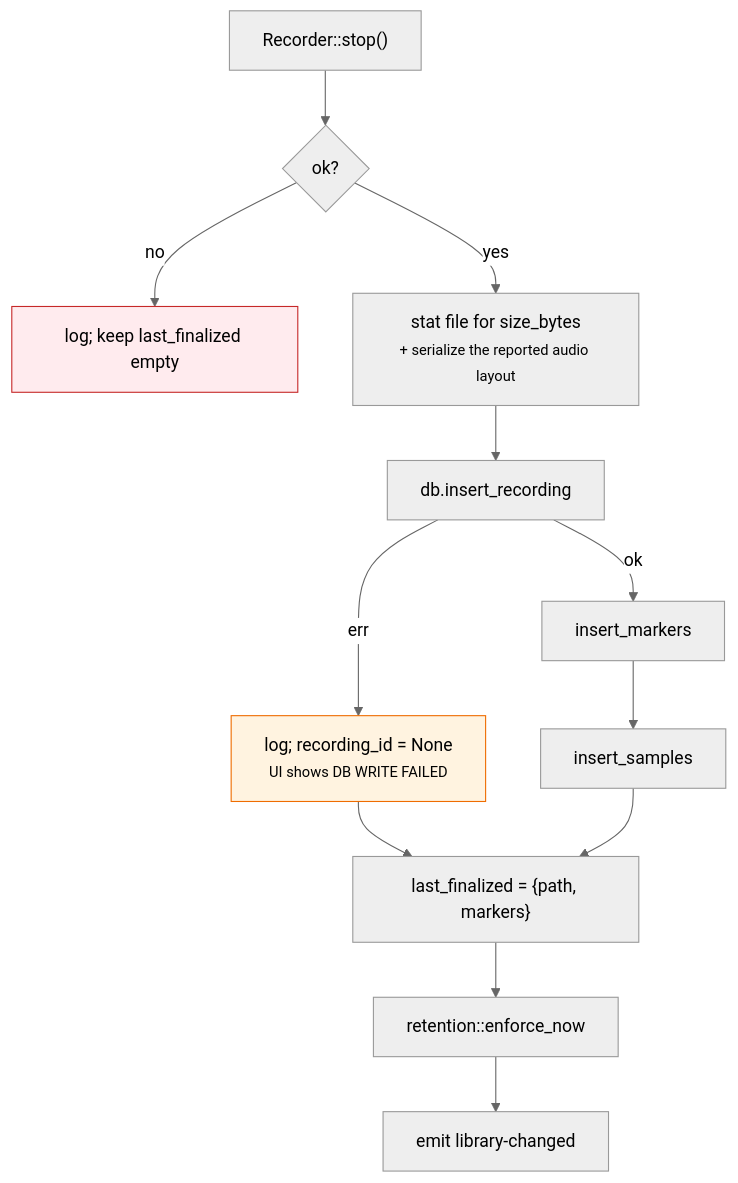
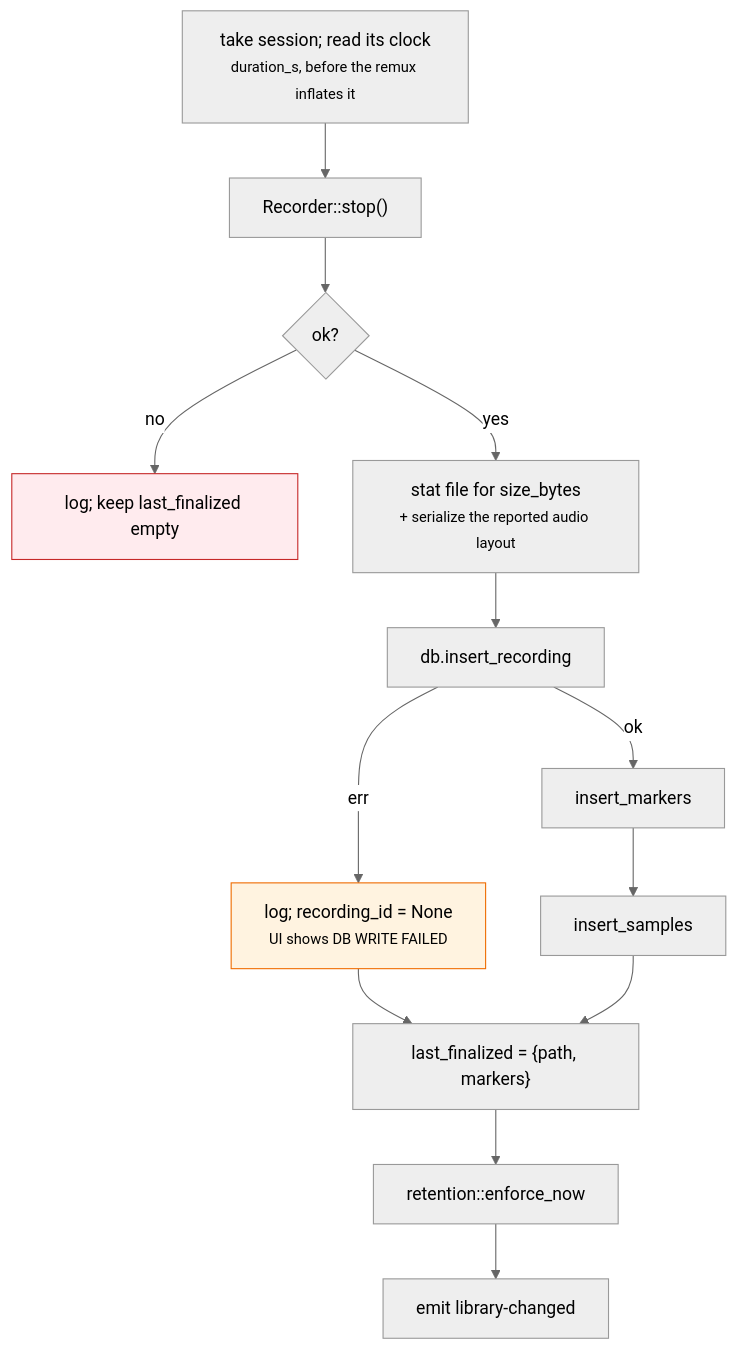
One commit to NinjaGoldfinch/ninja-recorder changed the fifth of 5 diagrams in docs/recording-pipeline.md. Above: the diagram before and after it, drawn with Mermaid (neutral theme). The commit also changed 2 other files, not shown here.

Commit message:
feat(finalize): record how long the capture actually ran
The library's Length column and its Recorded total both read
recordings.duration_s, and nothing ever wrote it — so every card said
unknown and the total sat at 0m no matter how much had been captured.

The session already holds the answer. Read it before Recorder::stop()
rather than after: stopping runs the shutdown and the ffmpeg remux, which
takes seconds on a long game, and every one of them would otherwise be
counted as footage the file does not contain.

Closes #50

````diff
--- a/docs/recording-pipeline.md
+++ b/docs/recording-pipeline.md
@@ -224,16 +224,17 @@
 ```mermaid
 flowchart TB
-    A["Recorder::stop()"] --> B{"ok?"}
+    S["take session; read its clock<br/><small>duration_s, before the remux inflates it</small>"] --> A["Recorder::stop()"]
+    A --> B{"ok?"}
     B -->|"no"| Z["log; keep last_finalized empty"]
     B -->|"yes"| C["stat file for size_bytes<br/><small>+ serialize the reported audio layout</small>"]
     C --> D["db.insert_recording"]
     D -->|"err"| E["log; recording_id = None<br/><small>UI shows DB WRITE FAILED</small>"]
     D -->|"ok"| F["insert_markers"]
     F --> G["insert_samples"]
     E --> H
     G --> H["last_finalized = {path, markers}"]
     H --> I["retention::enforce_now"]
     I --> J["emit library-changed"]
     style Z fill:#ffebee,stroke:#c62828
     style E fill:#fff3e0,stroke:#ef6c00
 ```
````
